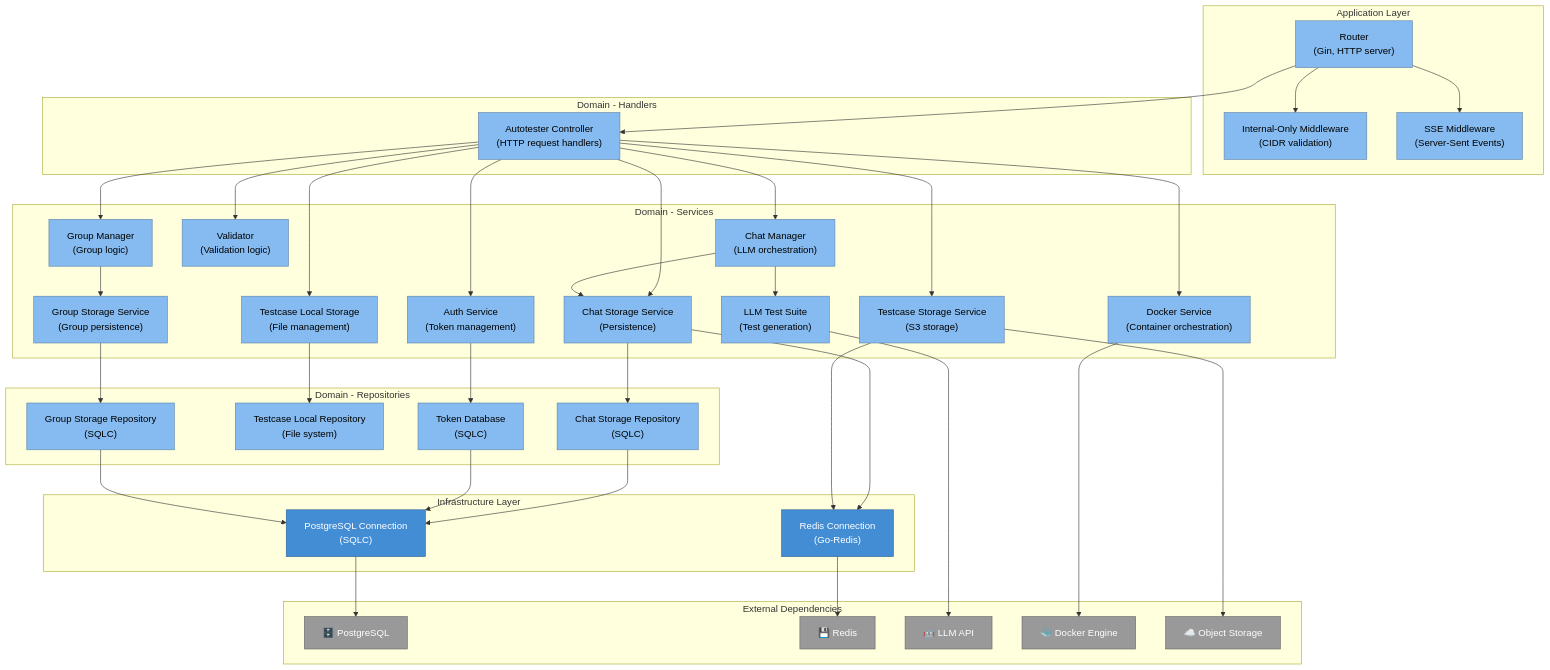
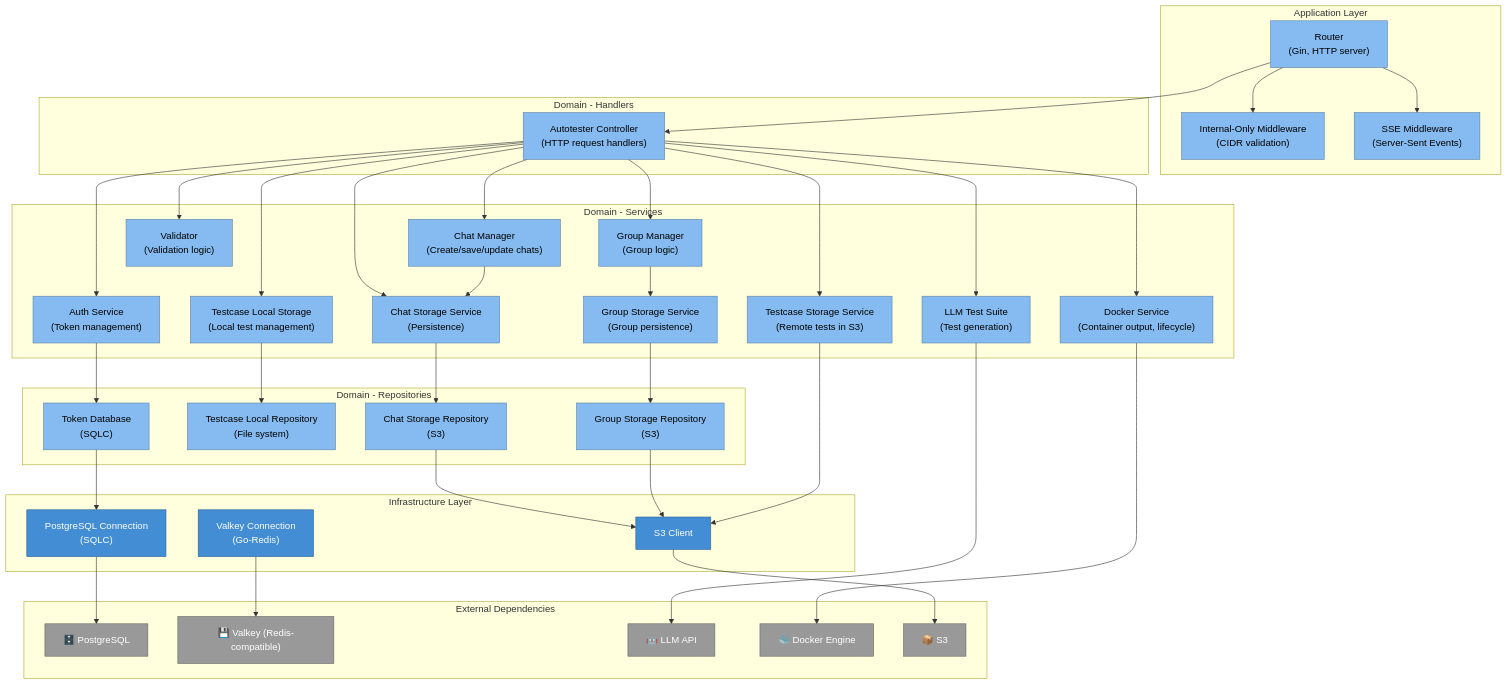
The diagram in docs/architecture/03-component/diagrams/autotester.mmd (Skzter/smart), drawn with Mermaid before and after one commit. The commit also changed 21 other files, not shown here.

First line of the commit message:
docs(docs#156): update architecture documentation for Autotester, MCP, and Suproxy components

```diff
--- a/docs/architecture/03-component/diagrams/autotester.mmd
+++ b/docs/architecture/03-component/diagrams/autotester.mmd
@@ -1,87 +1,87 @@
 graph TB
     subgraph Application["Application Layer"]
         Router["Router<br/>(Gin, HTTP server)"]
         MiddlewareInternal["Internal-Only Middleware<br/>(CIDR validation)"]
         MiddlewareSSE["SSE Middleware<br/>(Server-Sent Events)"]
     end
 
     subgraph Handlers["Domain - Handlers"]
         Controller["Autotester Controller<br/>(HTTP request handlers)"]
     end
 
     subgraph Services["Domain - Services"]
-        ChatManager["Chat Manager<br/>(LLM orchestration)"]
+        ChatManager["Chat Manager<br/>(Create/save/update chats)"]
         ChatStorageSvc["Chat Storage Service<br/>(Persistence)"]
-        TestLocalSvc["Testcase Local Storage<br/>(File management)"]
-        TestStorageSvc["Testcase Storage Service<br/>(S3 storage)"]
-        DockerSvc["Docker Service<br/>(Container orchestration)"]
+        TestLocalSvc["Testcase Local Storage<br/>(Local test management)"]
+        TestStorageSvc["Testcase Storage Service<br/>(Remote tests in S3)"]
+        DockerSvc["Docker Service<br/>(Container output, lifecycle)"]
         LLMSuite["LLM Test Suite<br/>(Test generation)"]
         Validator["Validator<br/>(Validation logic)"]
         AuthSvc["Auth Service<br/>(Token management)"]
         GroupMgr["Group Manager<br/>(Group logic)"]
         GroupStorageSvc["Group Storage Service<br/>(Group persistence)"]
     end
 
     subgraph Repositories["Domain - Repositories"]
-        ChatRepo["Chat Storage Repository<br/>(SQLC)"]
+        ChatRepo["Chat Storage Repository<br/>(S3)"]
         TestLocalRepo["Testcase Local Repository<br/>(File system)"]
         TokenRepo["Token Database<br/>(SQLC)"]
-        GroupRepo["Group Storage Repository<br/>(SQLC)"]
+        GroupRepo["Group Storage Repository<br/>(S3)"]
     end
 
     subgraph Infrastructure["Infrastructure Layer"]
         PostgresConn["PostgreSQL Connection<br/>(SQLC)"]
-        RedisConn["Redis Connection<br/>(Go-Redis)"]
+        RedisConn["Valkey Connection<br/>(Go-Redis)"]
+        S3Conn["S3 Client"]
     end
 
     subgraph External["External Dependencies"]
         Postgres["🗄️ PostgreSQL"]
-        Redis["💾 Redis"]
+        Redis["💾 Valkey (Redis-compatible)"]
         LLMAPI["🤖 LLM API"]
         DockerEngine["🐳 Docker Engine"]
-        S3["☁️ Object Storage"]
+        S3["📦 S3"]
     end
 
     Router --> MiddlewareInternal
     Router --> MiddlewareSSE
     Router --> Controller
 
     Controller --> ChatManager
     Controller --> ChatStorageSvc
     Controller --> TestLocalSvc
     Controller --> TestStorageSvc
     Controller --> DockerSvc
     Controller --> Validator
     Controller --> AuthSvc
     Controller --> GroupMgr
 
-    ChatManager --> LLMSuite
     ChatManager --> ChatStorageSvc
     GroupMgr --> GroupStorageSvc
 
     ChatStorageSvc --> ChatRepo
     TestLocalSvc --> TestLocalRepo
     AuthSvc --> TokenRepo
     GroupStorageSvc --> GroupRepo
 
-    ChatRepo --> PostgresConn
+    ChatRepo --> S3Conn
     TokenRepo --> PostgresConn
-    GroupRepo --> PostgresConn
-    ChatStorageSvc --> RedisConn
-    TestStorageSvc --> RedisConn
+    GroupRepo --> S3Conn
+    TestStorageSvc --> S3Conn
 
     PostgresConn --> Postgres
     RedisConn --> Redis
+    Controller --> LLMSuite
     LLMSuite --> LLMAPI
     DockerSvc --> DockerEngine
-    TestStorageSvc --> S3
+    S3Conn --> S3
 
     classDef component fill:#85bbf0,stroke:#5d82a8,color:#000000
     classDef infrastructure fill:#438dd5,stroke:#2e6295,color:#ffffff
     classDef external fill:#999999,stroke:#666666,color:#ffffff
 
     class Router,MiddlewareInternal,MiddlewareSSE,Controller component
     class ChatManager,ChatStorageSvc,TestLocalSvc,TestStorageSvc,DockerSvc,LLMSuite,Validator,AuthSvc,GroupMgr,GroupStorageSvc component
     class ChatRepo,TestLocalRepo,TokenRepo,GroupRepo component
-    class PostgresConn,RedisConn infrastructure
+    class PostgresConn,RedisConn,S3Conn infrastructure
     class Postgres,Redis,LLMAPI,DockerEngine,S3 external
```
